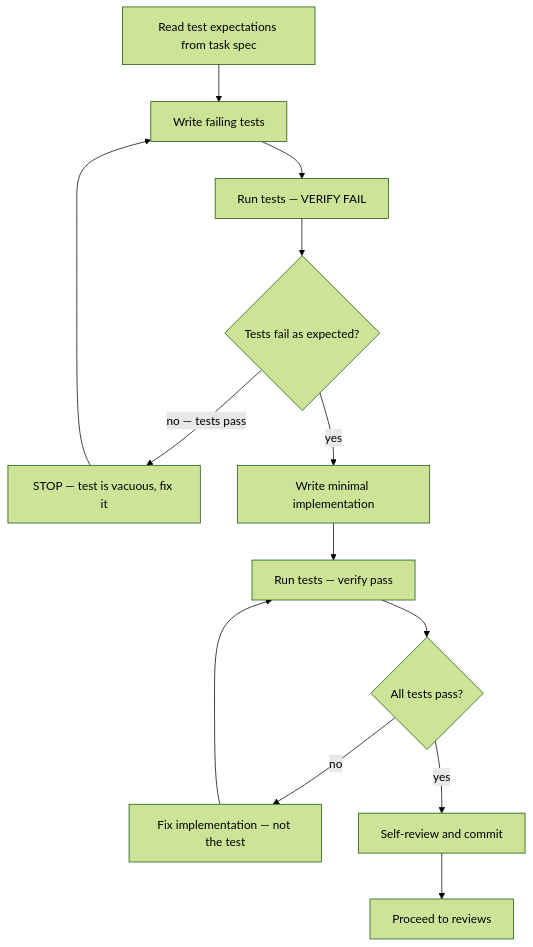
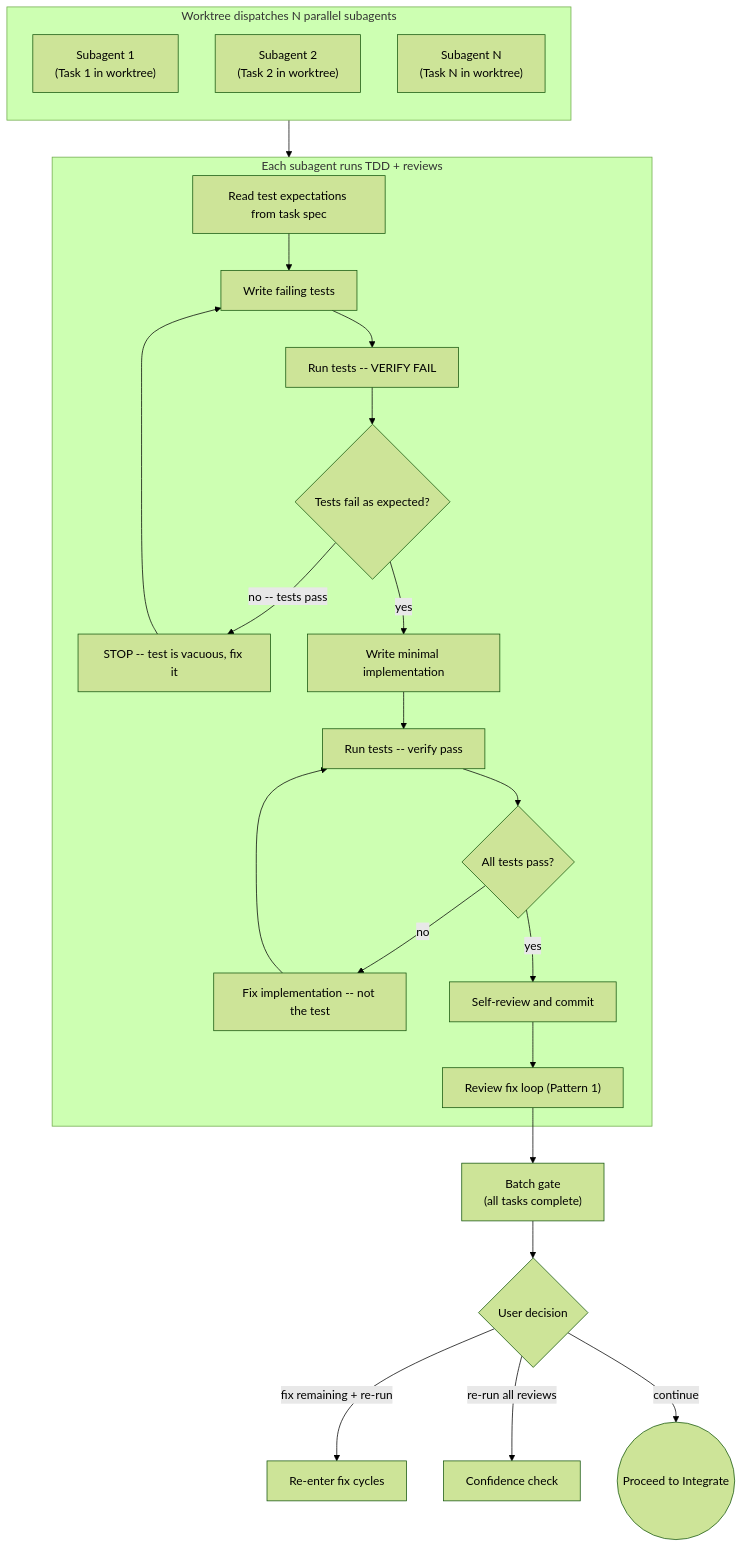
One commit to dfrysinger/qrspi-plus changed diagram 12 of 21 in README.md. Above: the diagram before and after it, drawn with Mermaid (forest theme). The commit also changed other lines of this file, not shown here.

First line of the commit message:
docs: update README with Hardening features and unique Mermaid diagrams

````diff
--- a/README.md
+++ b/README.md
@@ -296,15 +251,32 @@
 ```mermaid
 flowchart TD
-    A[Read test expectations from task spec] --> B[Write failing tests]
-    B --> C[Run tests — VERIFY FAIL]
-    C --> D{Tests fail as expected?}
-    D -->|no — tests pass| E[STOP — test is vacuous, fix it]
-    E --> B
-    D -->|yes| F[Write minimal implementation]
-    F --> G[Run tests — verify pass]
-    G --> H{All tests pass?}
-    H -->|no| I[Fix implementation — not the test]
-    I --> G
-    H -->|yes| J[Self-review and commit]
-    J --> K[Proceed to reviews]
+    subgraph dispatch["Worktree dispatches N parallel subagents"]
+        direction TB
+        SA1["Subagent 1\n(Task 1 in worktree)"]
+        SA2["Subagent 2\n(Task 2 in worktree)"]
+        SAN["Subagent N\n(Task N in worktree)"]
+    end
+
+    subgraph pertask["Each subagent runs TDD + reviews"]
+        A[Read test expectations from task spec] --> B[Write failing tests]
+        B --> C[Run tests -- VERIFY FAIL]
+        C --> D{Tests fail as expected?}
+        D -->|no -- tests pass| E[STOP -- test is vacuous, fix it]
+        E --> B
+        D -->|yes| F[Write minimal implementation]
+        F --> G[Run tests -- verify pass]
+        G --> H{All tests pass?}
+        H -->|no| I[Fix implementation -- not the test]
+        I --> G
+        H -->|yes| J[Self-review and commit]
+        J --> K["Review fix loop (Pattern 1)"]
+    end
+
+    dispatch --> pertask
+
+    K --> L["Batch gate\n(all tasks complete)"]
+    L --> M{User decision}
+    M -->|fix remaining + re-run| N[Re-enter fix cycles]
+    M -->|re-run all reviews| O[Confidence check]
+    M -->|continue| P((Proceed to Integrate))
 ```
````
